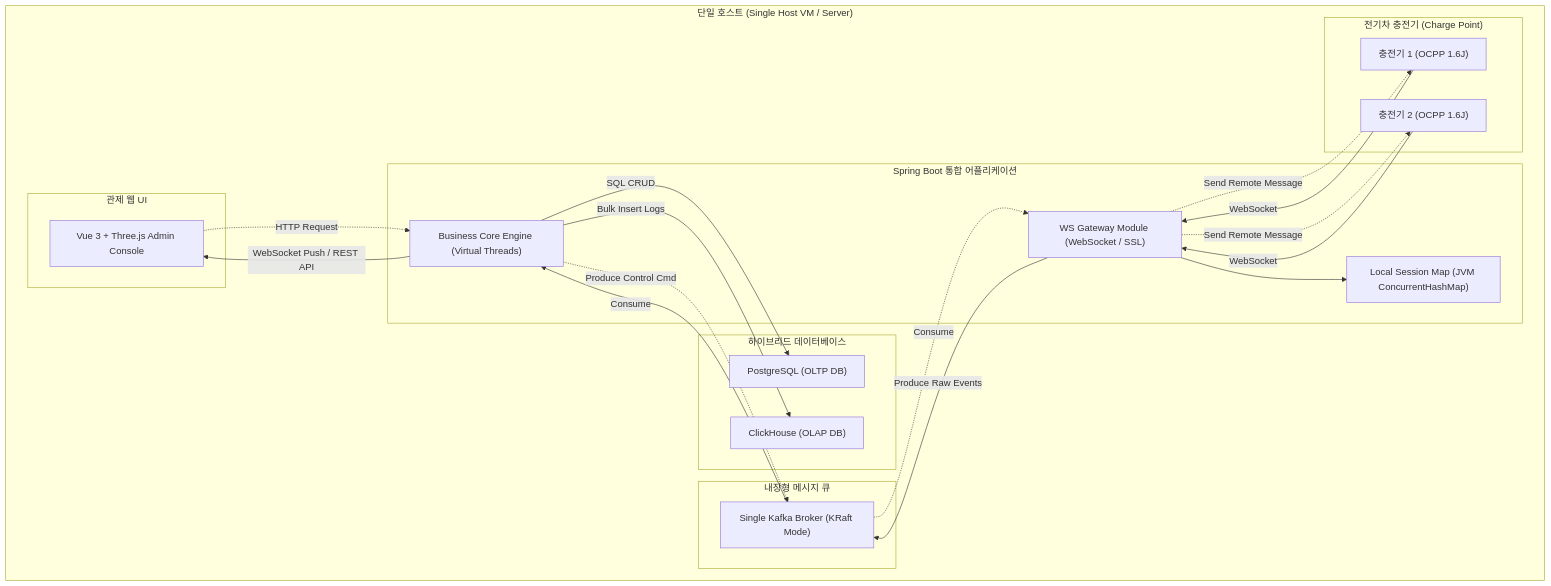
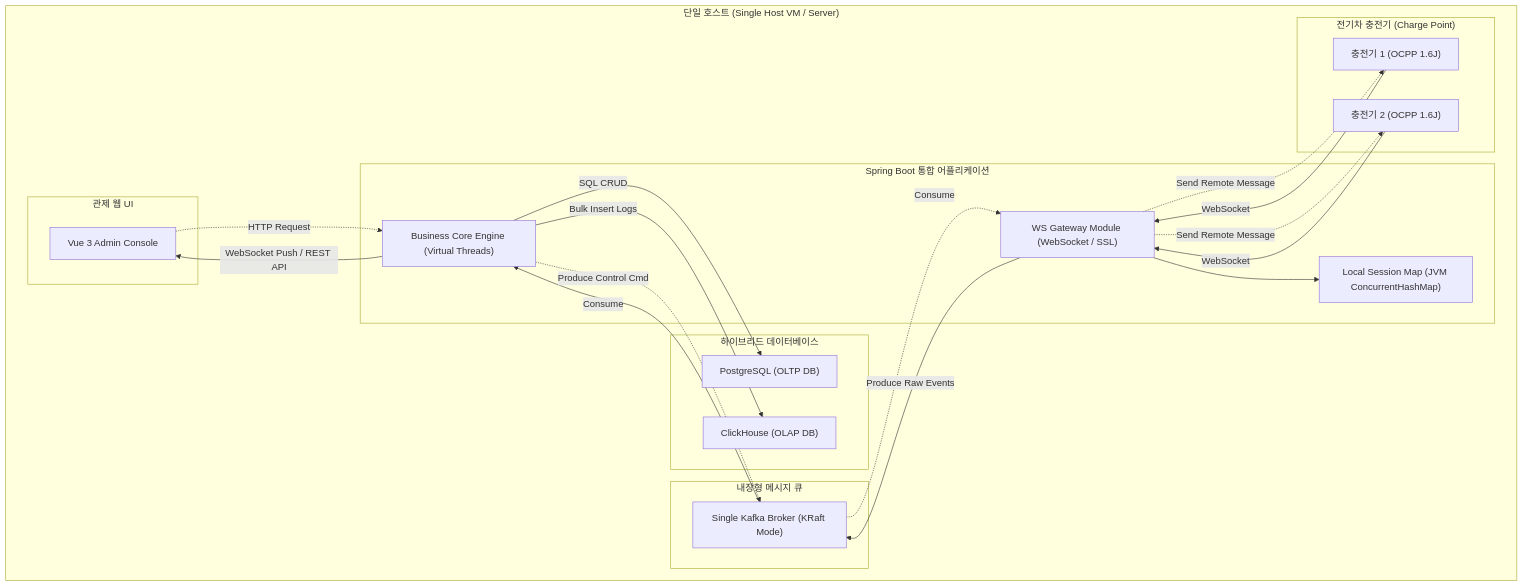
Before and after one commit to h2y-hyhong2/h2y-ocpp: the first of 5 diagrams in doc/01.prd.md, drawn with Mermaid. The commit also changed other lines of this file and 1 other file, not shown here.

````diff
--- a/doc/01.prd.md
+++ b/doc/01.prd.md
@@ -21,44 +21,44 @@
 ```mermaid
 flowchart TB
     subgraph Host ["단일 호스트 (Single Host VM / Server)"]
         subgraph EVSE ["전기차 충전기 (Charge Point)"]
             CP1["충전기 1 (OCPP 1.6J)"]
             CP2["충전기 2 (OCPP 1.6J)"]
         end
 
         subgraph Engine ["Spring Boot 통합 어플리케이션"]
             GW["WS Gateway Module (WebSocket / SSL)"]
             LocalSession["Local Session Map (JVM ConcurrentHashMap)"]
             BizCore["Business Core Engine (Virtual Threads)"]
         end
 
         subgraph LocalMQ ["내장형 메시지 큐"]
             Kafka["Single Kafka Broker (KRaft Mode)"]
         end
 
         subgraph LocalDB ["하이브리드 데이터베이스"]
             Postgres["PostgreSQL (OLTP DB)"]
             ClickHouse["ClickHouse (OLAP DB)"]
         end
 
         subgraph Admin ["관제 웹 UI"]
-            VueApp["Vue 3 + Three.js Admin Console"]
+            VueApp["Vue 3 Admin Console"]
         end
     end
 
     %% 데이터 통신 흐름
     CP1 -->|WebSocket| GW
     CP2 -->|WebSocket| GW
     GW --> LocalSession
     GW -->|Produce Raw Events| Kafka
     Kafka -->|Consume| BizCore
     BizCore -->|SQL CRUD| Postgres
     BizCore -->|Bulk Insert Logs| ClickHouse
     BizCore -->|WebSocket Push / REST API| VueApp
     
     %% 제어 명령 흐름
     VueApp -.->|HTTP Request| BizCore
     BizCore -.->|Produce Control Cmd| Kafka
     Kafka -.->|Consume| GW
     GW -.->|Send Remote Message| CP1 & CP2
 ```
````
